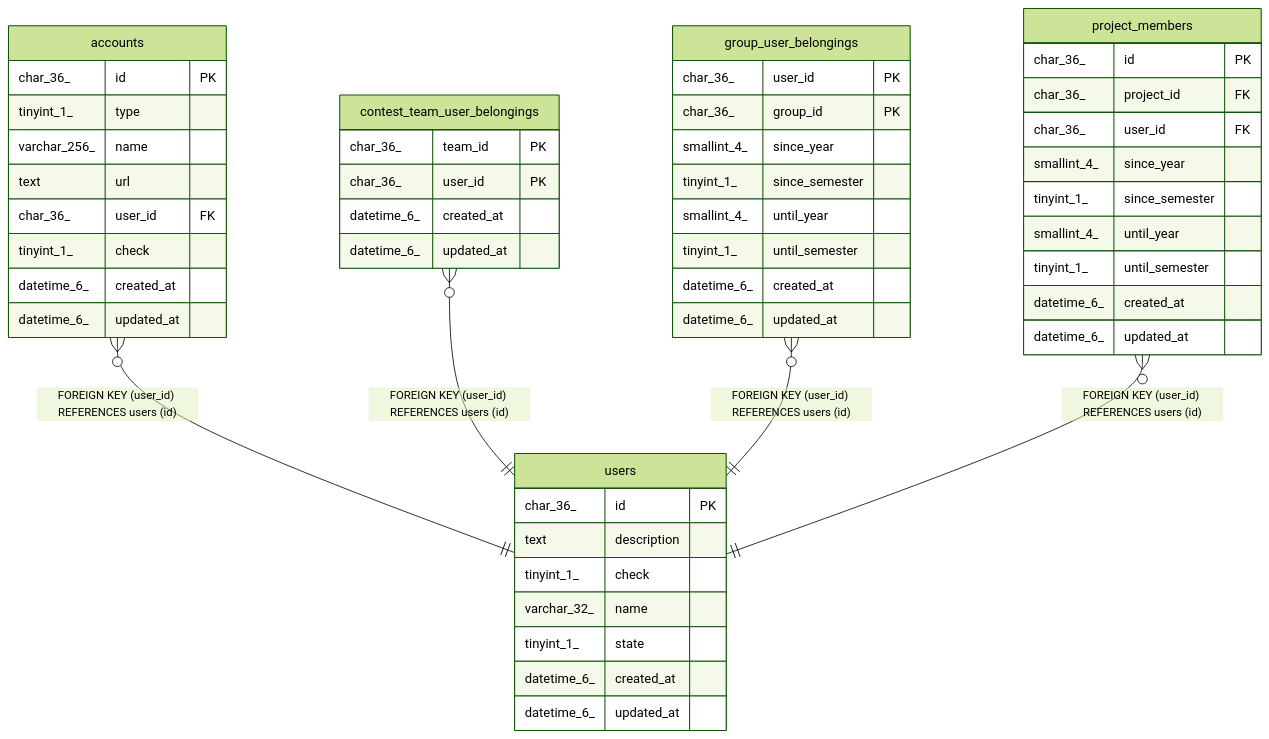
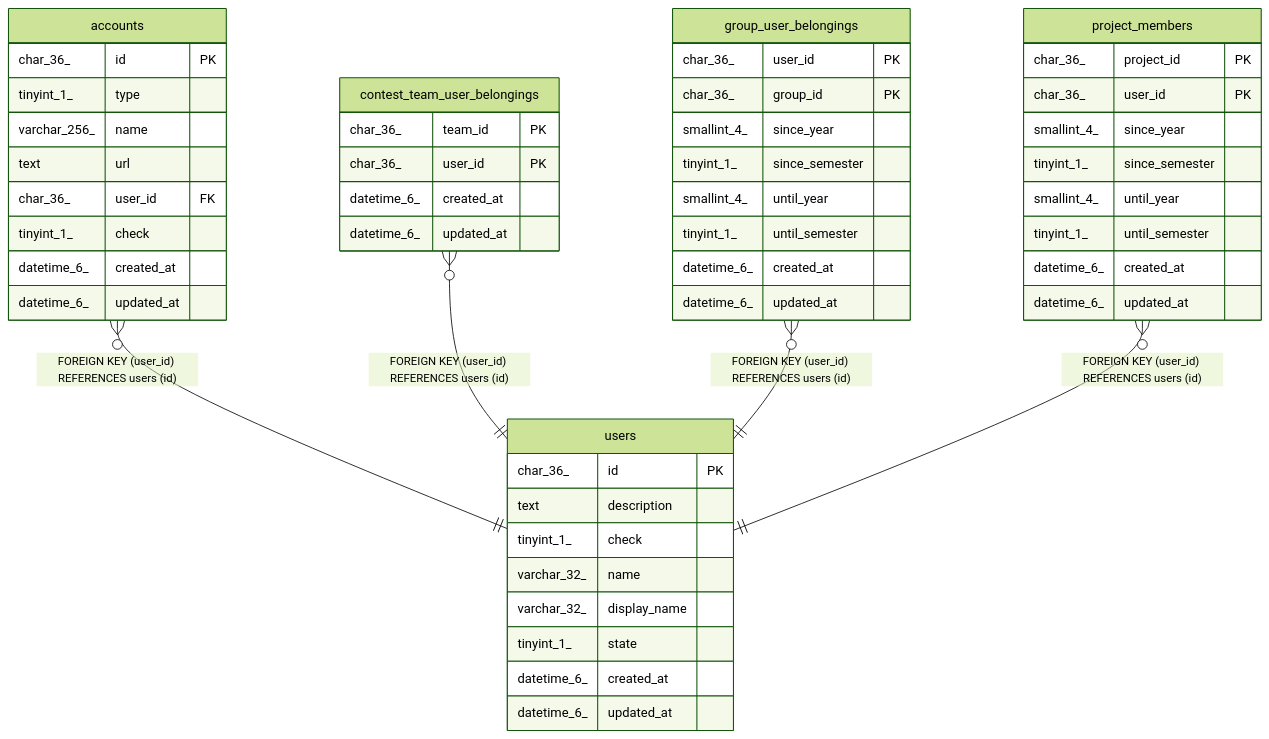
One commit to traPtitech/traPortfolio changed the diagram in docs/dbschema/users.md. Above: the diagram before and after it, drawn with Mermaid (forest theme). The commit also changed other lines of this file and 9 other files, not shown here.

````diff
--- a/docs/dbschema/users.md
+++ b/docs/dbschema/users.md
@@ -54,55 +56,55 @@
 ```mermaid
 erDiagram
 
 "accounts" }o--|| "users" : "FOREIGN KEY (user_id) REFERENCES users (id)"
 "contest_team_user_belongings" }o--|| "users" : "FOREIGN KEY (user_id) REFERENCES users (id)"
 "group_user_belongings" }o--|| "users" : "FOREIGN KEY (user_id) REFERENCES users (id)"
 "project_members" }o--|| "users" : "FOREIGN KEY (user_id) REFERENCES users (id)"
 
 "users" {
   char_36_ id PK
   text description
   tinyint_1_ check
   varchar_32_ name
+  varchar_32_ display_name
   tinyint_1_ state
   datetime_6_ created_at
   datetime_6_ updated_at
 }
 "accounts" {
   char_36_ id PK
   tinyint_1_ type
   varchar_256_ name
   text url
   char_36_ user_id FK
   tinyint_1_ check
   datetime_6_ created_at
   datetime_6_ updated_at
 }
 "contest_team_user_belongings" {
   char_36_ team_id PK
   char_36_ user_id PK
   datetime_6_ created_at
   datetime_6_ updated_at
 }
 "group_user_belongings" {
   char_36_ user_id PK
   char_36_ group_id PK
   smallint_4_ since_year
   tinyint_1_ since_semester
   smallint_4_ until_year
   tinyint_1_ until_semester
   datetime_6_ created_at
   datetime_6_ updated_at
 }
 "project_members" {
-  char_36_ id PK
-  char_36_ project_id FK
-  char_36_ user_id FK
+  char_36_ project_id PK
+  char_36_ user_id PK
   smallint_4_ since_year
   tinyint_1_ since_semester
   smallint_4_ until_year
   tinyint_1_ until_semester
   datetime_6_ created_at
   datetime_6_ updated_at
 }
 ```
````
